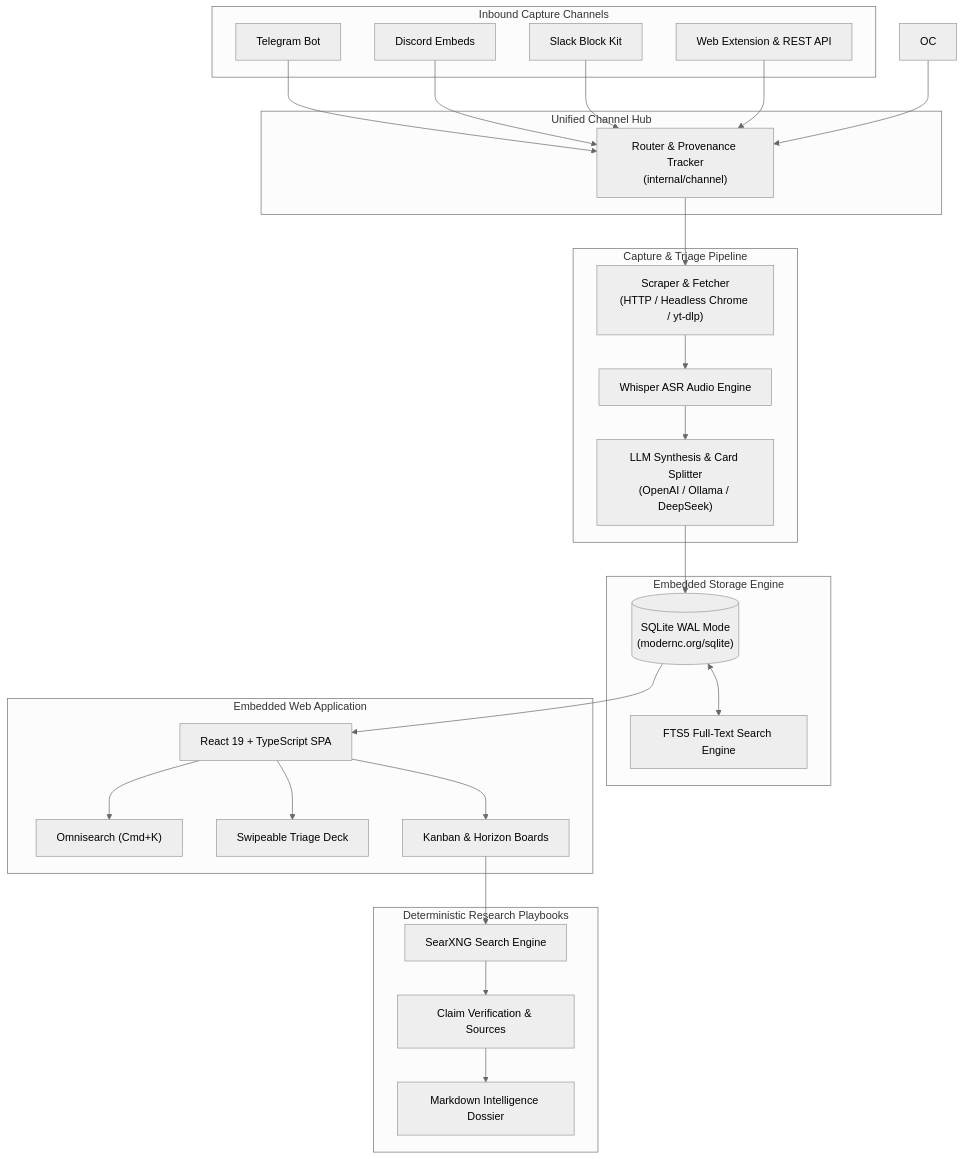
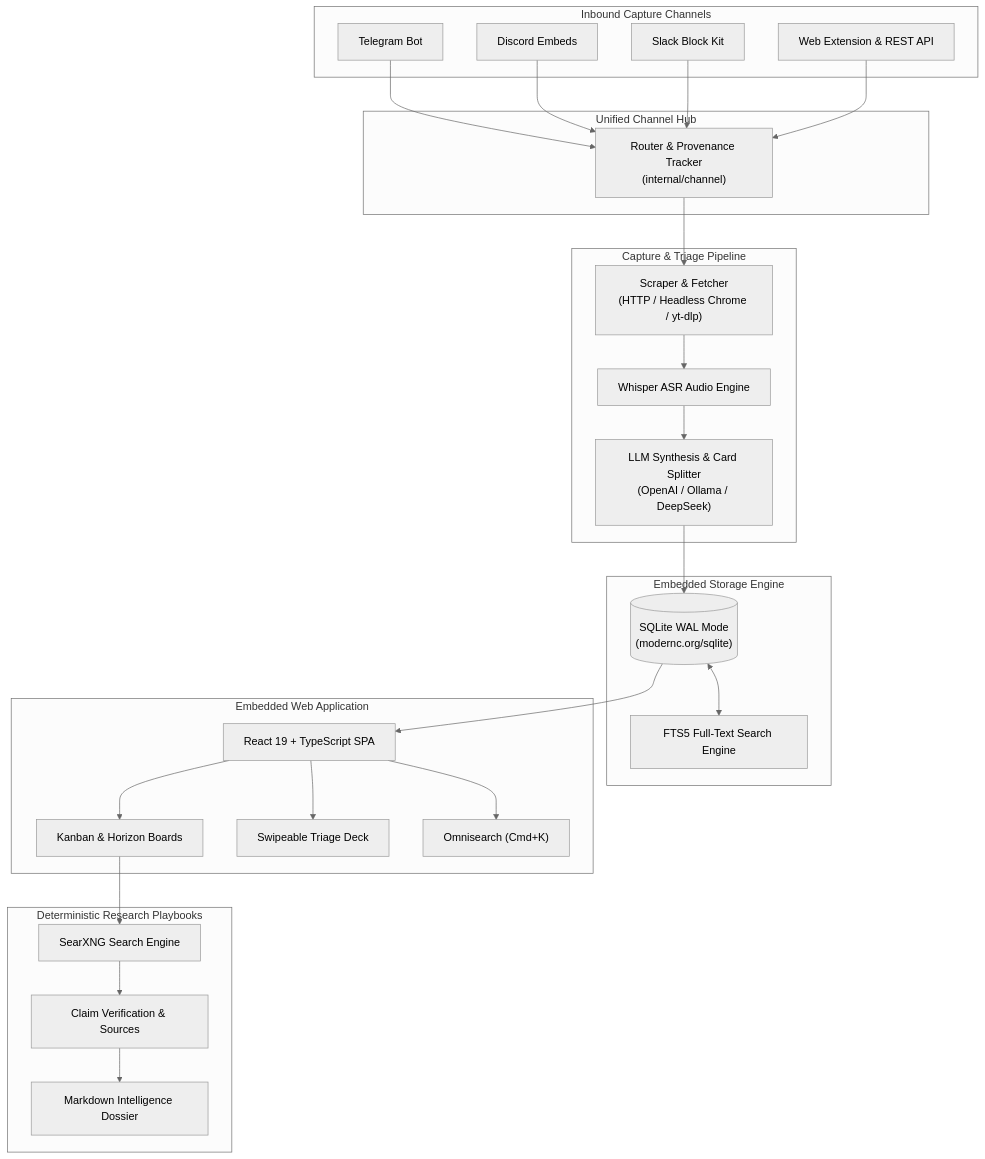
One commit to BurlacuAndrei/sparkkeep changed the second of 3 diagrams in README.md. Above: the diagram before and after it, drawn with Mermaid (neutral theme). The commit also changed other lines of this file and 1 other file, not shown here.

````diff
--- a/README.md
+++ b/README.md
@@ -160,56 +160,55 @@
 ```mermaid
 flowchart TD
     subgraph Inputs ["Inbound Capture Channels"]
         TG["Telegram Bot"]
         DC["Discord Embeds"]
         SL["Slack Block Kit"]
         WB["Web Extension & REST API"]
     end
 
     subgraph Hub ["Unified Channel Hub"]
         ROUTER["Router & Provenance Tracker<br/>(internal/channel)"]
     end
 
     subgraph Pipeline ["Capture & Triage Pipeline"]
         SCRAPE["Scraper & Fetcher<br/>(HTTP / Headless Chrome / yt-dlp)"]
         ASR["Whisper ASR Audio Engine"]
         LLM["LLM Synthesis & Card Splitter<br/>(OpenAI / Ollama / DeepSeek)"]
     end
 
     subgraph Store ["Embedded Storage Engine"]
         SQLITE[("SQLite WAL Mode<br/>(modernc.org/sqlite)")]
         FTS["FTS5 Full-Text Search Engine"]
     end
 
     subgraph UI ["Embedded Web Application"]
         REACT["React 19 + TypeScript SPA"]
         KANBAN["Kanban & Horizon Boards"]
         TRIAGE["Swipeable Triage Deck"]
         SEARCH["Omnisearch (Cmd+K)"]
     end
 
     subgraph Research ["Deterministic Research Playbooks"]
         SEARX["SearXNG Search Engine"]
         VERIFY["Claim Verification & Sources"]
         REPORT["Markdown Intelligence Dossier"]
     end
 
     TG --> ROUTER
     DC --> ROUTER
     SL --> ROUTER
-    OC --> ROUTER
     WB --> ROUTER
 
     ROUTER --> SCRAPE
     SCRAPE --> ASR
     ASR --> LLM
     LLM --> SQLITE
     SQLITE <--> FTS
     SQLITE --> REACT
     REACT --> KANBAN
     REACT --> TRIAGE
     REACT --> SEARCH
     KANBAN --> SEARX
     SEARX --> VERIFY
     VERIFY --> REPORT
 ```
````
